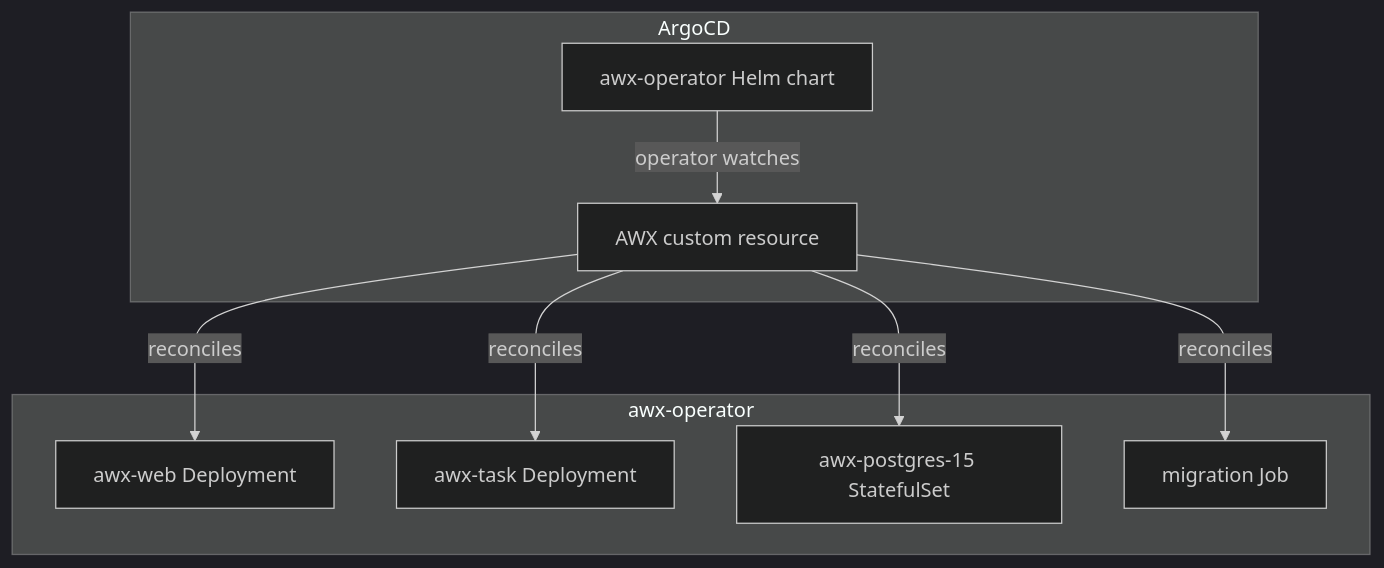
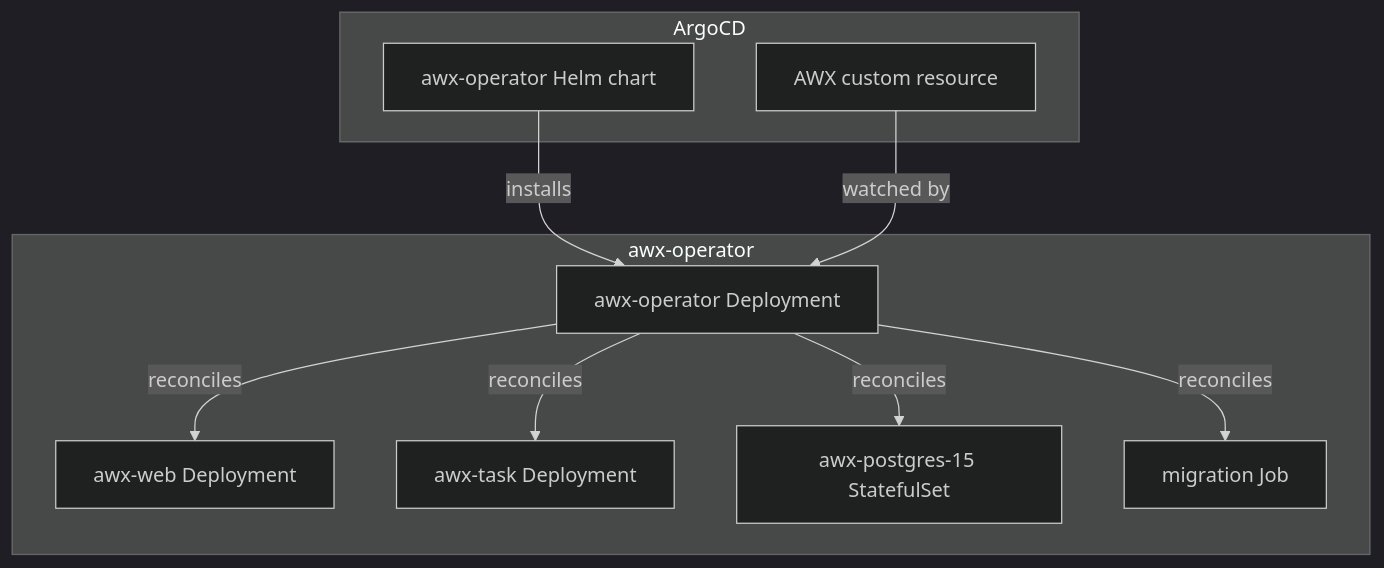
One commit to derio-net/frank changed the diagram in blog/content/docs/building/32-automation/index.md. Above: the diagram before and after it, drawn with Mermaid (dark theme). The commit also changed other lines of this file and 22 other files, not shown here.

````diff
--- a/blog/content/docs/building/32-automation/index.md
+++ b/blog/content/docs/building/32-automation/index.md
@@ -25,18 +25,20 @@
 ```mermaid
 flowchart TD
   subgraph ArgoCD
     CHART[awx-operator Helm chart]
     CR[AWX custom resource]
   end
   subgraph Operator[awx-operator]
+    OP[awx-operator Deployment]
     WEB[awx-web Deployment]
     TASK[awx-task Deployment]
     PG[awx-postgres-15 StatefulSet]
     MIG[migration Job]
   end
-  CHART -->|operator watches| CR
-  CR -->|reconciles| WEB
-  CR -->|reconciles| TASK
-  CR -->|reconciles| PG
-  CR -->|reconciles| MIG
+  CHART -->|installs| OP
+  CR -->|watched by| OP
+  OP -->|reconciles| WEB
+  OP -->|reconciles| TASK
+  OP -->|reconciles| PG
+  OP -->|reconciles| MIG
 ```
````
